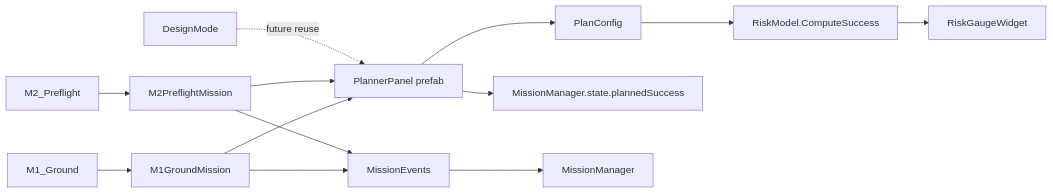
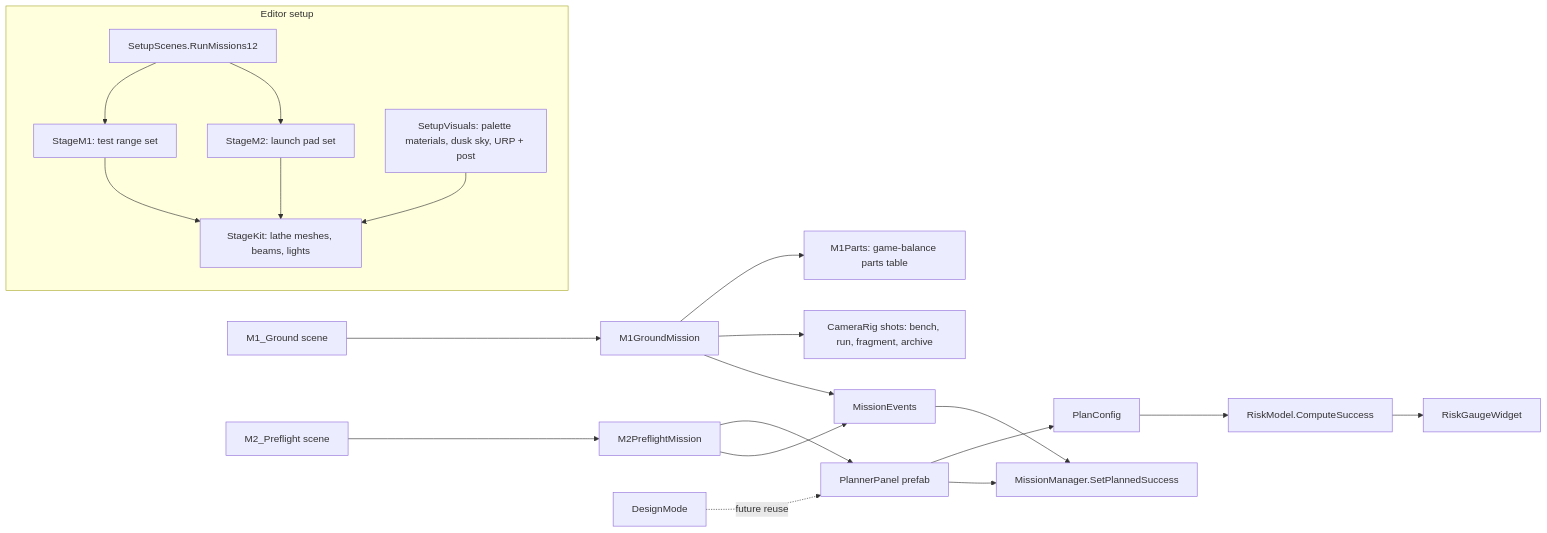
The diagram in Assets/_Project/Docs/PLANNER_DESIGN.md (jana123mkhatab-bit/NASA-HACKTHONNNN), drawn with Mermaid before and after one commit. The commit also changed other lines of this file and 165 other files, not shown here.

````diff
--- a/Assets/_Project/Docs/PLANNER_DESIGN.md
+++ b/Assets/_Project/Docs/PLANNER_DESIGN.md
@@ -5,15 +5,18 @@
 ```mermaid
 flowchart LR
-  M1[M1_Ground] --> M1C[M1GroundMission]
-  M2[M2_Preflight] --> M2C[M2PreflightMission]
-  M1C --> P[PlannerPanel prefab]
-  M2C --> P
+  subgraph Editor setup
+    SS[SetupScenes.RunMissions12] --> S1[StageM1: test range set]
+    SS --> S2[StageM2: launch pad set]
+    S1 & S2 --> SK[StageKit: lathe meshes, beams, lights]
+    SV[SetupVisuals: palette materials, dusk sky, URP + post] --> SK
+  end
+  M1[M1_Ground scene] --> M1C[M1GroundMission]
+  M2[M2_Preflight scene] --> M2C[M2PreflightMission]
+  M1C --> PARTS[M1Parts: game-balance parts table]
+  M1C --> RIG[CameraRig shots: bench, run, fragment, archive]
+  M2C --> P[PlannerPanel prefab]
   DM[DesignMode] -. future reuse .-> P
-  P --> PC[PlanConfig]
-  PC --> RM[RiskModel.ComputeSuccess]
-  RM --> G[RiskGaugeWidget]
-  P --> PS[MissionManager.state.plannedSuccess]
-  M1C --> ME[MissionEvents]
-  M2C --> ME
-  ME --> MM[MissionManager]
+  P --> PC[PlanConfig] --> RM[RiskModel.ComputeSuccess] --> G[RiskGaugeWidget]
+  P --> MM[MissionManager.SetPlannedSuccess]
+  M1C & M2C --> ME[MissionEvents] --> MM
 ```
````
